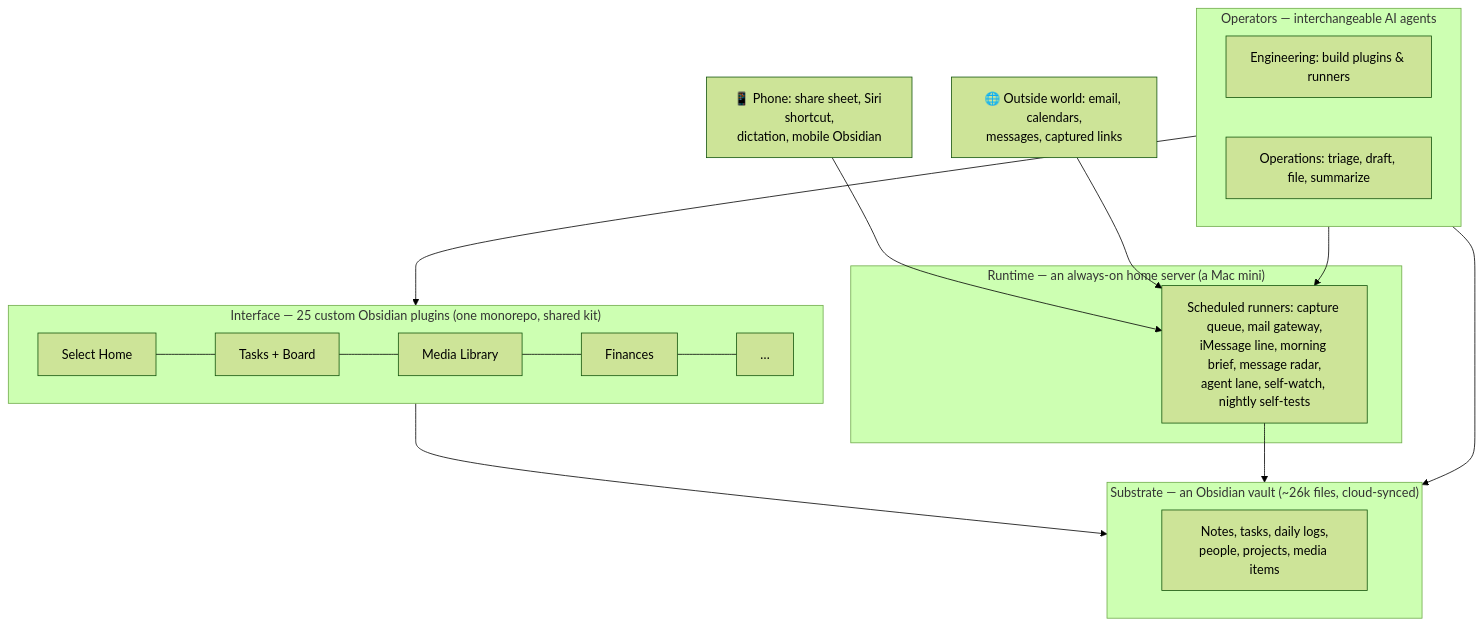
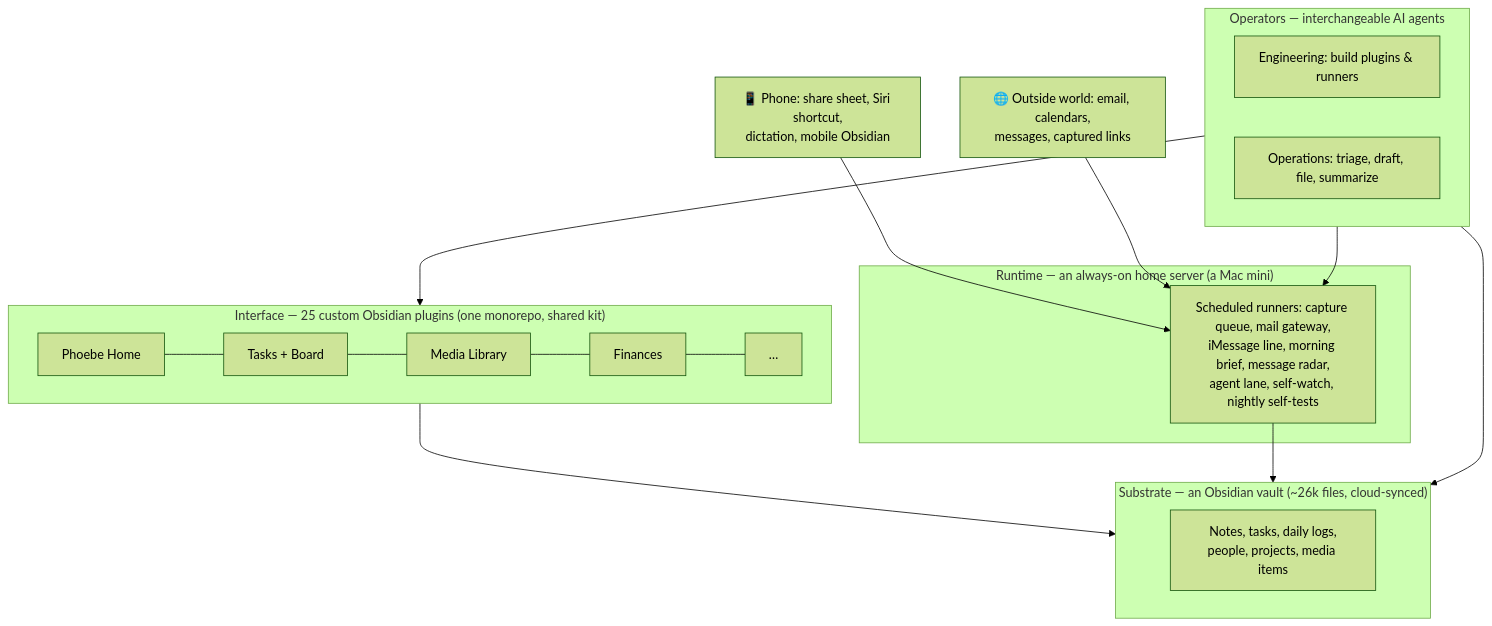
Before and after one commit to cobbenterprises/select-showcase: the diagram in HOW-IT-WORKS.md, drawn with Mermaid (forest theme). The commit also changed other lines of this file and 6 other files, not shown here.

````diff
--- a/HOW-IT-WORKS.md
+++ b/HOW-IT-WORKS.md
@@ -7,27 +7,27 @@
 ```mermaid
 flowchart TB
     subgraph substrate["Substrate — an Obsidian vault (~26k files, cloud-synced)"]
         notes["Notes, tasks, daily logs,<br/>people, projects, media items"]
     end
 
     subgraph surfaces["Interface — 25 custom Obsidian plugins (one monorepo, shared kit)"]
-        home["Select Home"] --- tasks["Tasks + Board"] --- media["Media Library"] --- fin["Finances"] --- more["…"]
+        home["Phoebe Home"] --- tasks["Tasks + Board"] --- media["Media Library"] --- fin["Finances"] --- more["…"]
     end
 
     subgraph server["Runtime — an always-on home server (a Mac mini)"]
         runners["Scheduled runners: capture queue, mail gateway,<br/>iMessage line, morning brief, message radar,<br/>agent lane, self-watch, nightly self-tests"]
     end
 
     subgraph agents["Operators — interchangeable AI agents"]
         eng["Engineering: build plugins & runners"]
         ops["Operations: triage, draft, file, summarize"]
     end
 
     surfaces --> substrate
     runners --> substrate
     agents --> substrate
     agents --> surfaces
     agents --> runners
     phone["📱 Phone: share sheet, Siri shortcut,<br/>dictation, mobile Obsidian"] --> runners
     world["🌐 Outside world: email, calendars,<br/>messages, captured links"] --> runners
 ```
````
